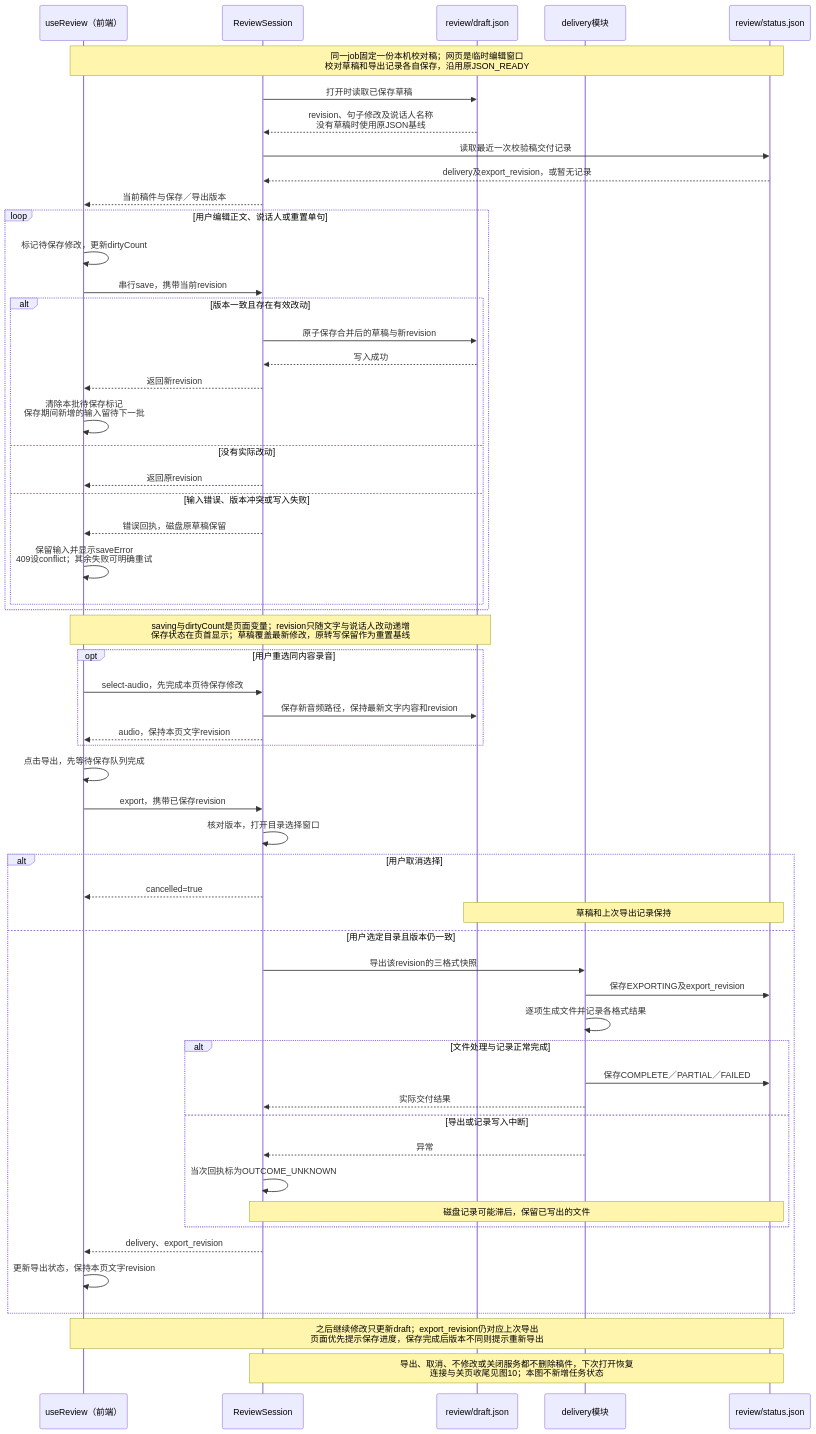
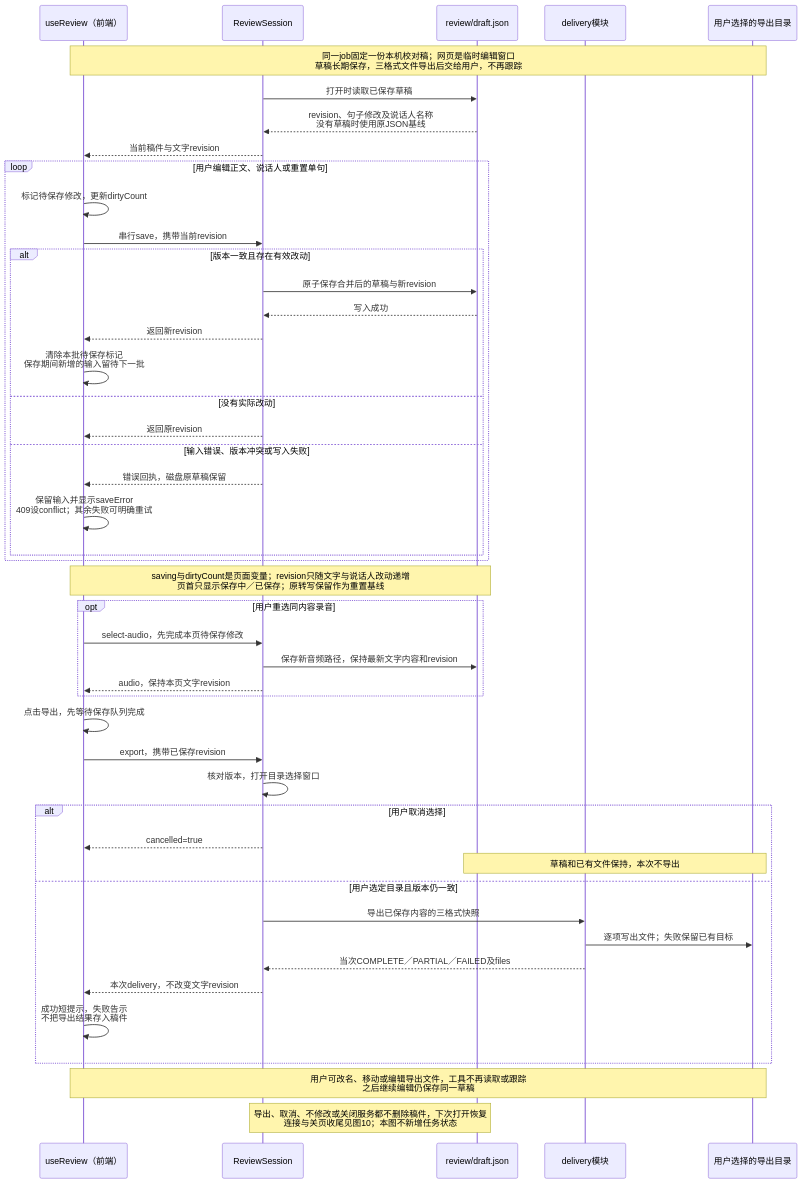
Before and after one commit to hx101700/memoflow: the diagram in doc/uml/11-review-state.mmd, drawn with Mermaid. The commit also changed 45 other files, not shown here.

```diff
--- a/doc/uml/11-review-state.mmd
+++ b/doc/uml/11-review-state.mmd
@@ -1,59 +1,49 @@
 sequenceDiagram
 participant W as useReview（前端）
 participant S as ReviewSession
 participant F as review/draft.json
 participant D as delivery模块
-participant R as review/status.json
-Note over W,R: 同一job固定一份本机校对稿；网页是临时编辑窗口<br/>校对草稿和导出记录各自保存，沿用原JSON_READY
+participant O as 用户选择的导出目录
+Note over W,O: 同一job固定一份本机校对稿；网页是临时编辑窗口<br/>草稿长期保存，三格式文件导出后交给用户，不再跟踪
 S->>F: 打开时读取已保存草稿
 F-->>S: revision、句子修改及说话人名称<br/>没有草稿时使用原JSON基线
-S->>R: 读取最近一次校验稿交付记录
-R-->>S: delivery及export_revision，或暂无记录
-S-->>W: 当前稿件与保存／导出版本
+S-->>W: 当前稿件与文字revision
 
 loop 用户编辑正文、说话人或重置单句
     W->>W: 标记待保存修改，更新dirtyCount
     W->>S: 串行save，携带当前revision
     alt 版本一致且存在有效改动
         S->>F: 原子保存合并后的草稿与新revision
         F-->>S: 写入成功
         S-->>W: 返回新revision
         W->>W: 清除本批待保存标记<br/>保存期间新增的输入留待下一批
     else 没有实际改动
         S-->>W: 返回原revision
     else 输入错误、版本冲突或写入失败
         S-->>W: 错误回执，磁盘原草稿保留
         W->>W: 保留输入并显示saveError<br/>409设conflict；其余失败可明确重试
     end
 end
-Note over W,F: saving与dirtyCount是页面变量；revision只随文字与说话人改动递增<br/>保存状态在页首显示；草稿覆盖最新修改，原转写保留作为重置基线
+Note over W,F: saving与dirtyCount是页面变量；revision只随文字与说话人改动递增<br/>页首只显示保存中／已保存；原转写保留作为重置基线
 
 opt 用户重选同内容录音
     W->>S: select-audio，先完成本页待保存修改
     S->>F: 保存新音频路径，保持最新文字内容和revision
     S-->>W: audio，保持本页文字revision
 end
 
 W->>W: 点击导出，先等待保存队列完成
 W->>S: export，携带已保存revision
 S->>S: 核对版本，打开目录选择窗口
 alt 用户取消选择
     S-->>W: cancelled=true
-    Note over F,R: 草稿和上次导出记录保持
+    Note over F,O: 草稿和已有文件保持，本次不导出
 else 用户选定目录且版本仍一致
-    S->>D: 导出该revision的三格式快照
-    D->>R: 保存EXPORTING及export_revision
-    D->>D: 逐项生成文件并记录各格式结果
-    alt 文件处理与记录正常完成
-        D->>R: 保存COMPLETE／PARTIAL／FAILED
-        D-->>S: 实际交付结果
-    else 导出或记录写入中断
-        D-->>S: 异常
-        S->>S: 当次回执标为OUTCOME_UNKNOWN
-        Note over S,R: 磁盘记录可能滞后，保留已写出的文件
-    end
-    S-->>W: delivery、export_revision
-    W->>W: 更新导出状态，保持本页文字revision
+    S->>D: 导出已保存内容的三格式快照
+    D->>O: 逐项写出文件；失败保留已有目标
+    D-->>S: 当次COMPLETE／PARTIAL／FAILED及files
+    S-->>W: 本次delivery，不改变文字revision
+    W->>W: 成功短提示，失败告示<br/>不把导出结果存入稿件
 end
-Note over W,R: 之后继续修改只更新draft；export_revision仍对应上次导出<br/>页面优先提示保存进度，保存完成后版本不同则提示重新导出
-Note over S,R: 导出、取消、不修改或关闭服务都不删除稿件，下次打开恢复<br/>连接与关页收尾见图10；本图不新增任务状态
+Note over W,O: 用户可改名、移动或编辑导出文件，工具不再读取或跟踪<br/>之后继续编辑仍保存同一草稿
+Note over S,F: 导出、取消、不修改或关闭服务都不删除稿件，下次打开恢复<br/>连接与关页收尾见图10；本图不新增任务状态
```
